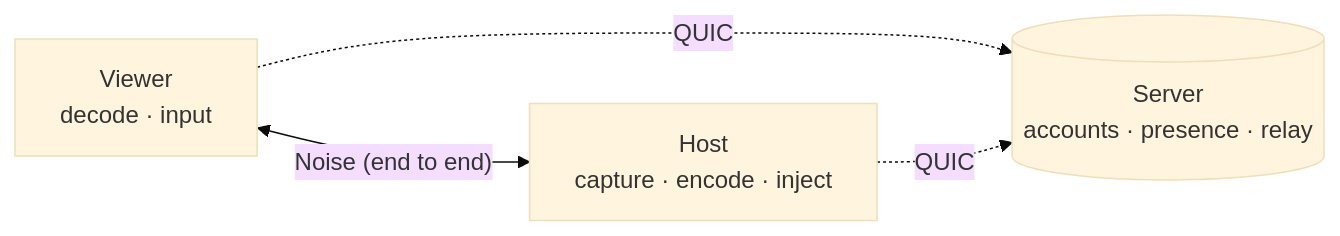
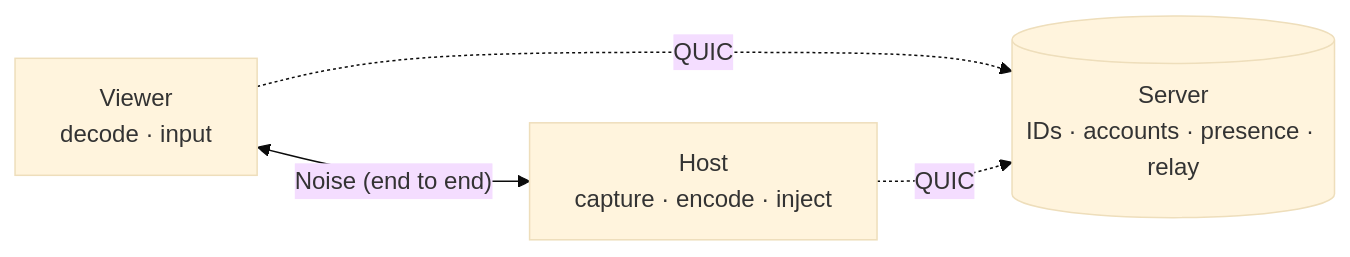
Before and after one commit to giosuel/somedesk: the first of 2 diagrams in docs/architecture.md, drawn with Mermaid (base theme). The commit also changed other lines of this file and 18 other files, not shown here.

First line of the commit message:
Document IDs without accounts, the four ways in and organisations

````diff
--- a/docs/architecture.md
+++ b/docs/architecture.md
@@ -7,6 +7,6 @@
 ```mermaid
 flowchart LR
     V["Viewer<br/>decode · input"] <-- "Noise (end to end)" --> H["Host<br/>capture · encode · inject"]
-    V -. "QUIC" .-> S[("Server<br/>accounts · presence · relay")]
+    V -. "QUIC" .-> S[("Server<br/>IDs · accounts · presence · relay")]
     H -. "QUIC" .-> S
 ```
````
